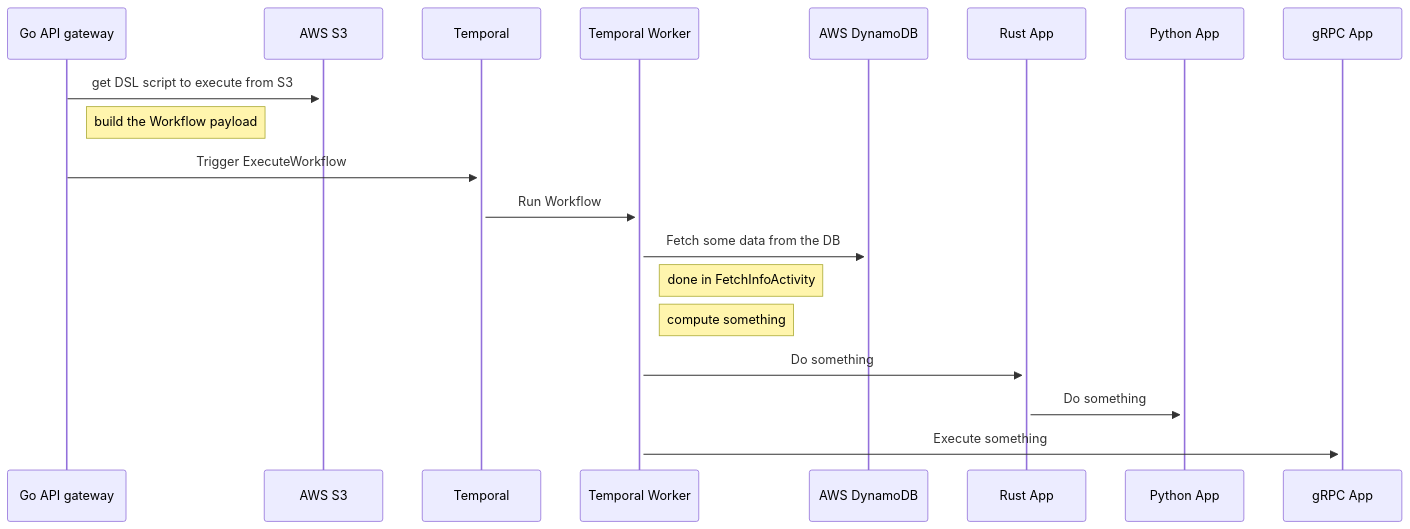
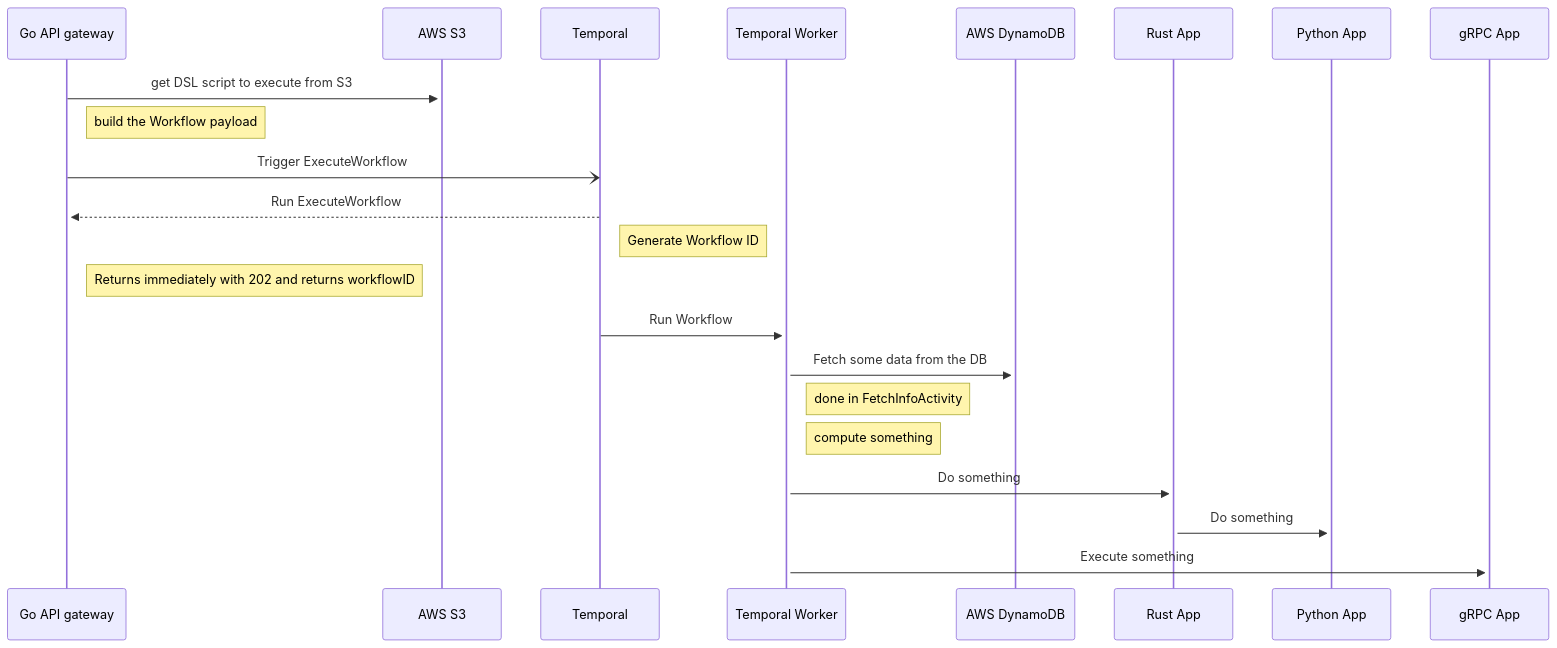
The diagram in sample Workflow.md (emanuelef/temporal-meetup-demo), drawn with Mermaid before and after one commit.

Commit message:
test mermaid async line

````diff
--- a/sample Workflow.md
+++ b/sample Workflow.md
@@ -1,23 +1,26 @@
 ```mermaid
 sequenceDiagram
 
     participant Go API gateway
     participant AWS S3
     participant Temporal
     participant Temporal Worker
     participant AWS DynamoDB
     participant Rust App
     participant Python App
     participant gRPC App
 
     Go API gateway ->>+ AWS S3: get DSL script to execute from S3
     Note right of Go API gateway: build the Workflow payload
-    Go API gateway ->>+ Temporal: Trigger ExecuteWorkflow
+    Go API gateway -) Temporal: Trigger ExecuteWorkflow
+    Temporal -->>+ Go API gateway: Run ExecuteWorkflow
+    Note right of Temporal: Generate Workflow ID
+    Note right of Go API gateway: Returns immediately with 202 and returns workflowID
     Temporal ->>+ Temporal Worker: Run Workflow
     Temporal Worker ->>+ AWS DynamoDB: Fetch some data from the DB
     Note right of Temporal Worker: done in FetchInfoActivity
     Note right of Temporal Worker: compute something
     Temporal Worker ->>+ Rust App: Do something
     Rust App ->>+ Python App: Do something
     Temporal Worker ->>+ gRPC App: Execute something
 ```
````
